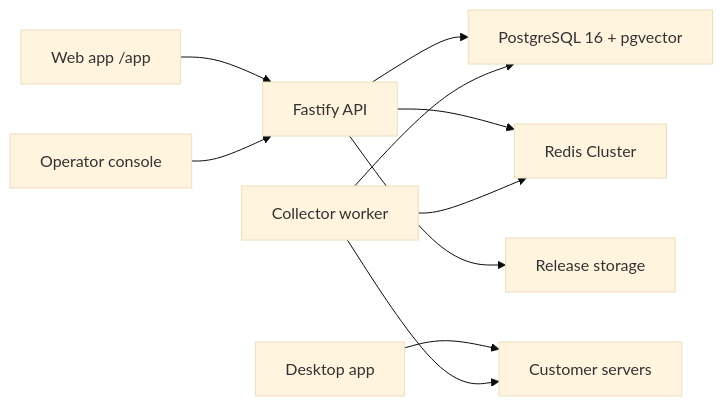
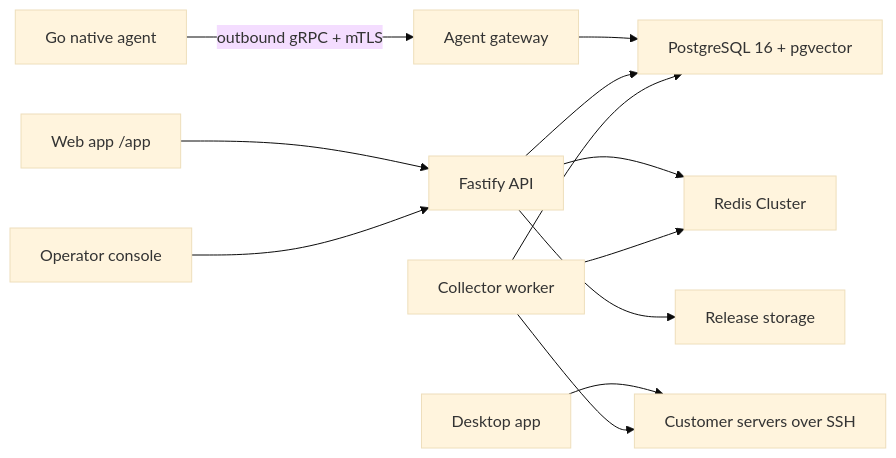
Before and after one commit to Rampesna/monitc: the diagram in README.md, drawn with Mermaid (base theme). The commit also changed other lines of this file and 86 other files, not shown here.

First line of the commit message:
Add hybrid Go native agent telemetry (#15)

````diff
--- a/README.md
+++ b/README.md
@@ -47,12 +54,14 @@
 ```mermaid
 flowchart LR
-  D["Desktop app"] --> S["Customer servers"]
+  D["Desktop app"] --> S["Customer servers over SSH"]
   B["Web app /app"] --> A["Fastify API"]
   C["Operator console"] --> A
+  G["Go native agent"] -->|"outbound gRPC + mTLS"| AG["Agent gateway"]
+  AG --> P
   A --> P["PostgreSQL 16 + pgvector"]
   A --> R["Redis Cluster"]
   A --> U["Release storage"]
   W["Collector worker"] --> P
   W --> R
   W --> S
 ```
````
